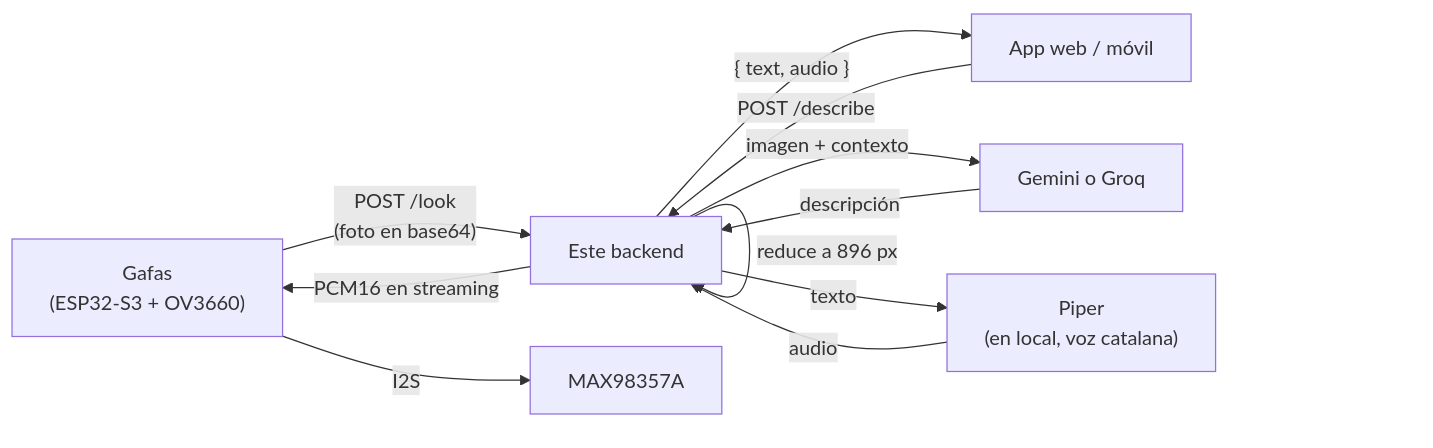
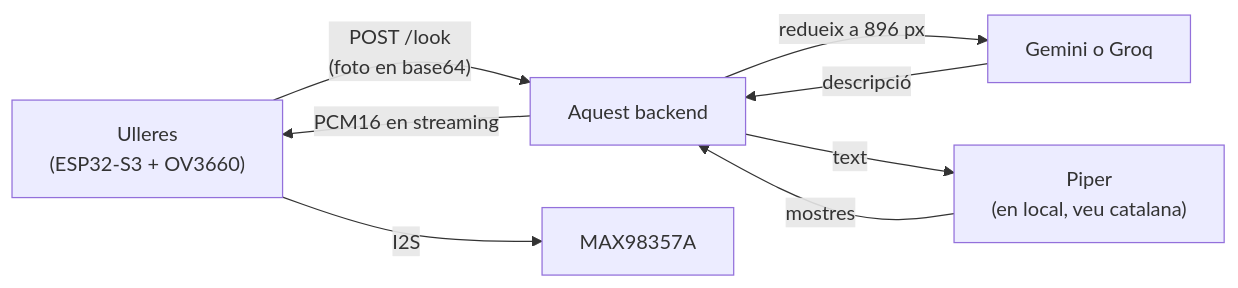
One commit to devvazquez/bonsai-backend changed the diagram in README.md. Above: the diagram before and after it, drawn with Mermaid. The commit also changed other lines of this file and 4 other files, not shown here.

````diff
--- a/README.md
+++ b/README.md
@@ -13,13 +13,10 @@
 ```mermaid
 flowchart LR
-    A["Gafas<br/>(ESP32-S3 + OV3660)"] -- "POST /look<br/>(foto en base64)" --> C["Este backend"]
-    B["App web / móvil"] -- "POST /describe" --> C
-    C -- reduce a 896 px --> C
-    C -- imagen + contexto --> D["Gemini o Groq"]
-    D -- descripción --> C
-    C -- texto --> E["Piper<br/>(en local, voz catalana)"]
-    E -- audio --> C
+    A["Ulleres<br/>(ESP32-S3 + OV3660)"] -- "POST /look<br/>(foto en base64)" --> C["Aquest backend"]
+    C -- redueix a 896 px --> D["Gemini o Groq"]
+    D -- descripció --> C
+    C -- text --> E["Piper<br/>(en local, veu catalana)"]
+    E -- mostres --> C
     C -- "PCM16 en streaming" --> A
-    C -- "{ text, audio }" --> B
     A -- I2S --> F["MAX98357A"]
 ```
````
